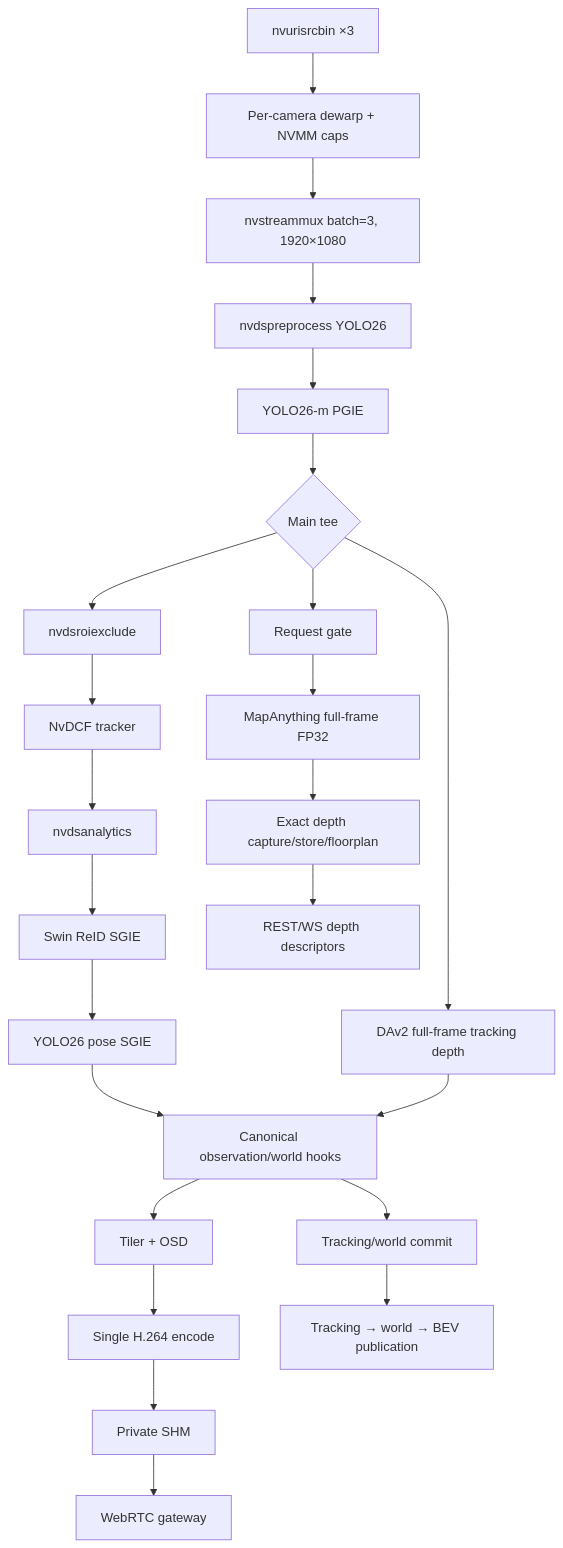
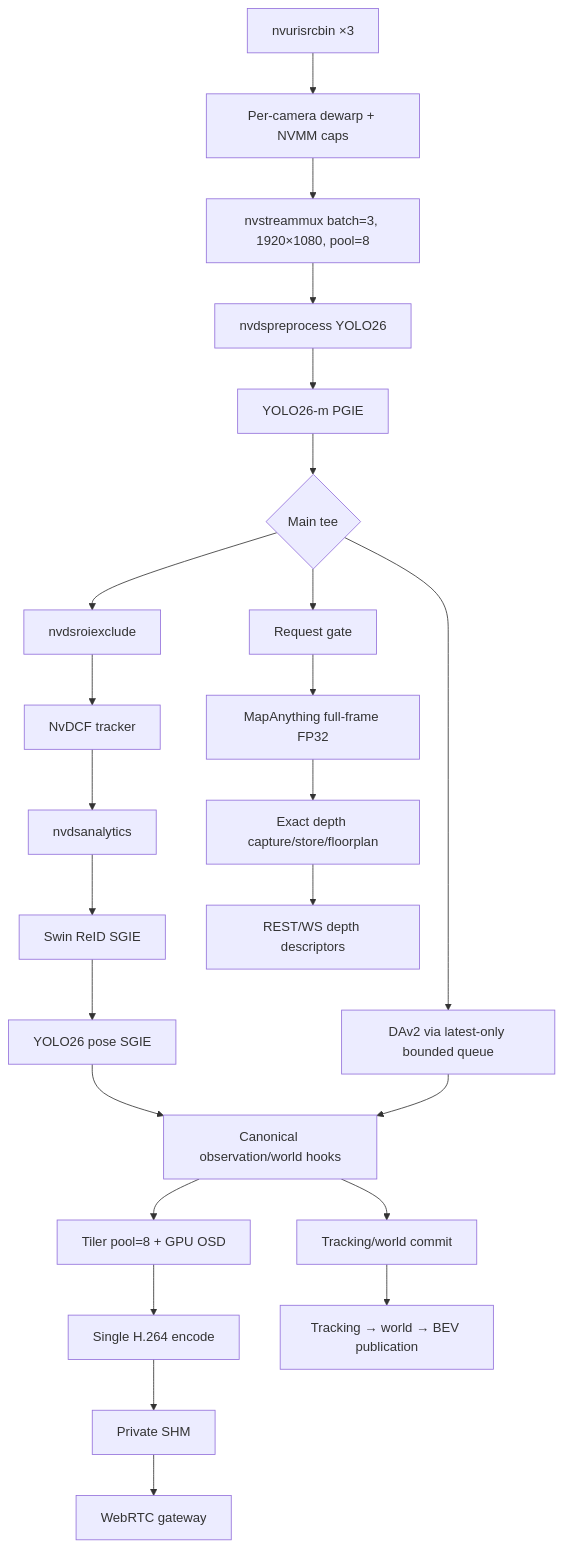
Before and after one commit to dmanfx/noesis: the diagram in docs/flow_diagram_low_level.md, drawn with Mermaid. The commit also changed other lines of this file and 77 other files, not shown here.

````diff
--- a/docs/flow_diagram_low_level.md
+++ b/docs/flow_diagram_low_level.md
@@ -3,29 +3,29 @@
 ```mermaid
 flowchart TB
     SRC[nvurisrcbin ×3] --> DEW[Per-camera dewarp + NVMM caps]
-    DEW --> MUX[nvstreammux batch=3, 1920×1080]
+    DEW --> MUX[nvstreammux batch=3, 1920×1080, pool=8]
     MUX --> PRE[nvdspreprocess YOLO26]
     PRE --> PGIE[YOLO26-m PGIE]
     PGIE --> TEE{Main tee}
 
     TEE --> ROI[nvdsroiexclude]
     ROI --> TRK[NvDCF tracker]
     TRK --> ANA[nvdsanalytics]
     ANA --> REID[Swin ReID SGIE]
     REID --> POSE[YOLO26 pose SGIE]
     POSE --> OBS[Canonical observation/world hooks]
-    OBS --> TILER[Tiler + OSD]
+    OBS --> TILER[Tiler pool=8 + GPU OSD]
     TILER --> ENC[Single H.264 encode]
     ENC --> SHM[Private SHM]
     SHM --> WEBRTC[WebRTC gateway]
 
-    TEE --> DAV2[DAv2 full-frame tracking depth]
+    TEE --> DAV2[DAv2 via latest-only bounded queue]
     DAV2 --> OBS
     TEE --> VALVE[Request gate]
     VALVE --> MA[MapAnything full-frame FP32]
     MA --> DEPTH[Exact depth capture/store/floorplan]
 
     OBS --> COMMIT[Tracking/world commit]
     COMMIT --> WS[Tracking → world → BEV publication]
     DEPTH --> REST[REST/WS depth descriptors]
 ```
````
